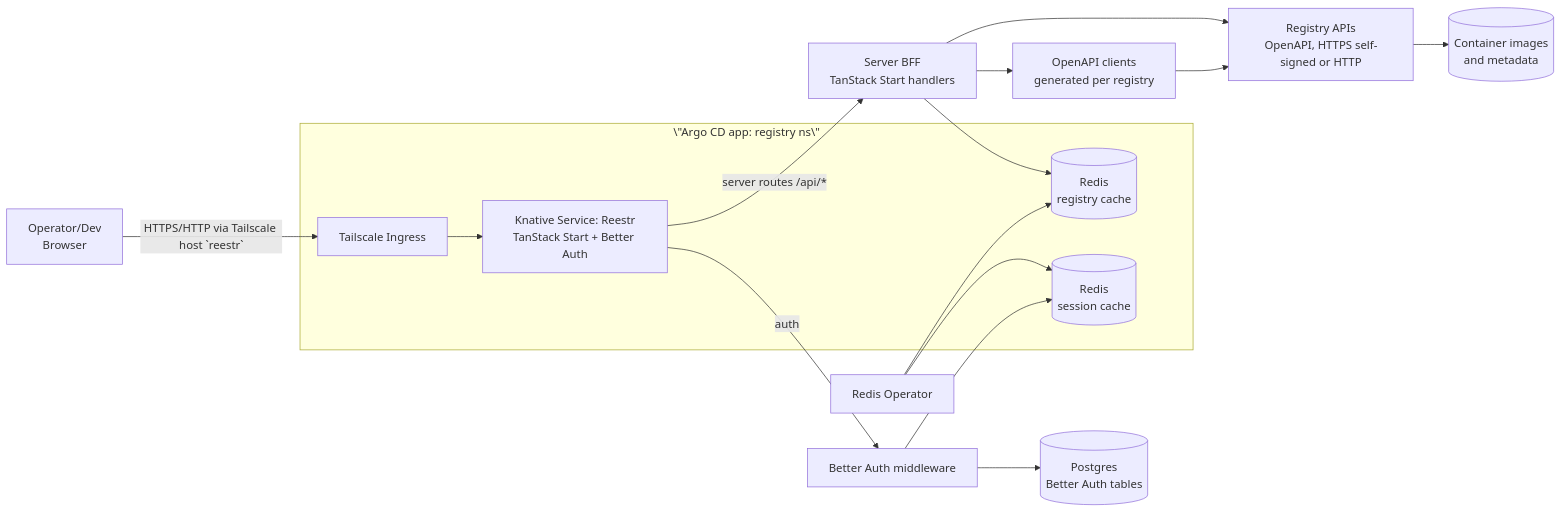
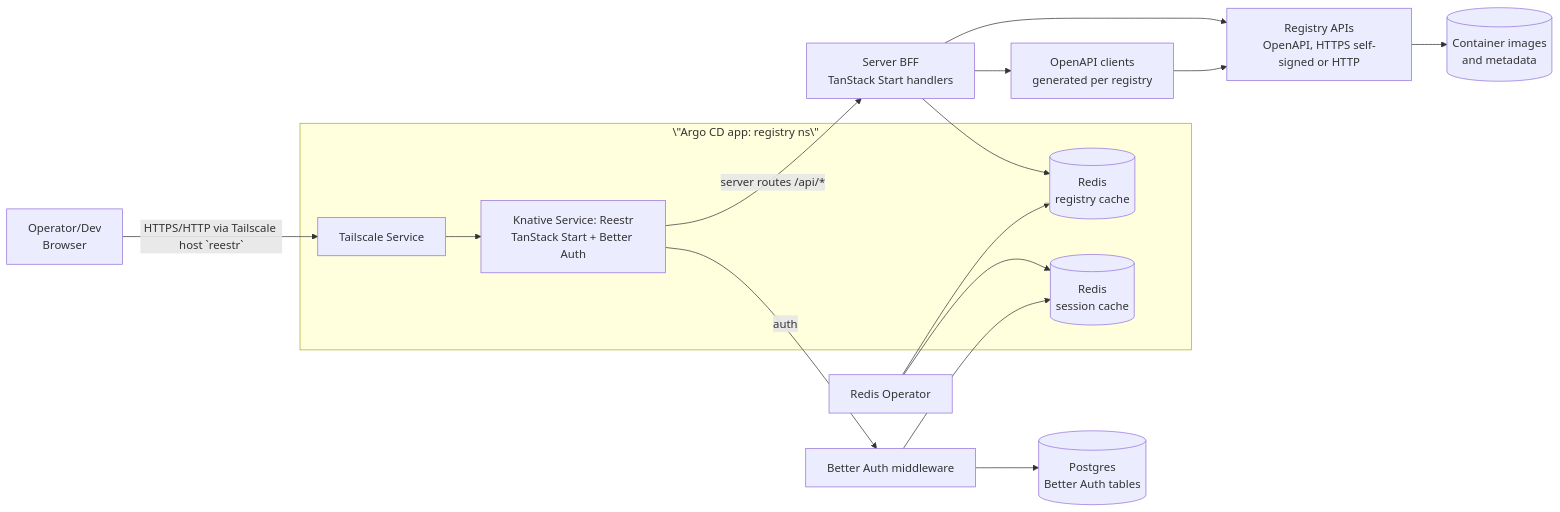
The diagram in docs/reestr-design.md (proompteng/lab), drawn with Mermaid before and after one commit. The commit also changed other lines of this file, not shown here.

Commit message:
docs: clarify tailscale service for reestr

````diff
--- a/docs/reestr-design.md
+++ b/docs/reestr-design.md
@@ -55,26 +55,26 @@
 ```mermaid
 flowchart LR
-  user[Operator/Dev<br/>Browser] -->|HTTPS/HTTP via Tailscale host `reestr`| ts[Tailscale Ingress]
+  user[Operator/Dev<br/>Browser] -->|HTTPS/HTTP via Tailscale host `reestr`| ts[Tailscale Service]
   ts --> ks[Knative Service: Reestr<br/>TanStack Start + Better Auth]
 
   ks -->|server routes /api/*| bff[Server BFF<br/>TanStack Start handlers]
   ks -->|auth| auth[Better Auth middleware]
   auth --> db[(Postgres<br/>Better Auth tables)]
   auth --> rcache[(Redis<br/>session cache)]
 
   bff --> cache[(Redis<br/>registry cache)]
   bff --> registries[Registry APIs<br/>OpenAPI, HTTPS self-signed or HTTP]
   registries --> images[(Container images<br/>and metadata)]
 
   bff --> openapi[OpenAPI clients<br/>generated per registry]
   openapi --> registries
 
   subgraph \"Argo CD app: registry ns\"
     ts
     ks
     cache
     rcache
   end
   redisop[Redis Operator] --> cache
   redisop --> rcache
 ```
````
